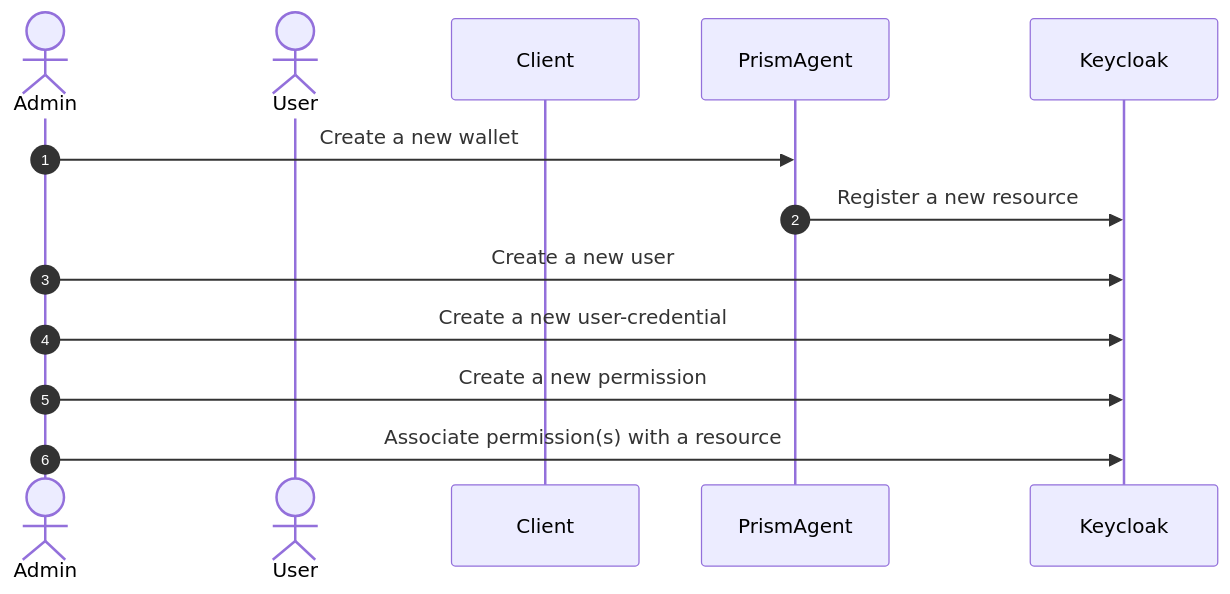
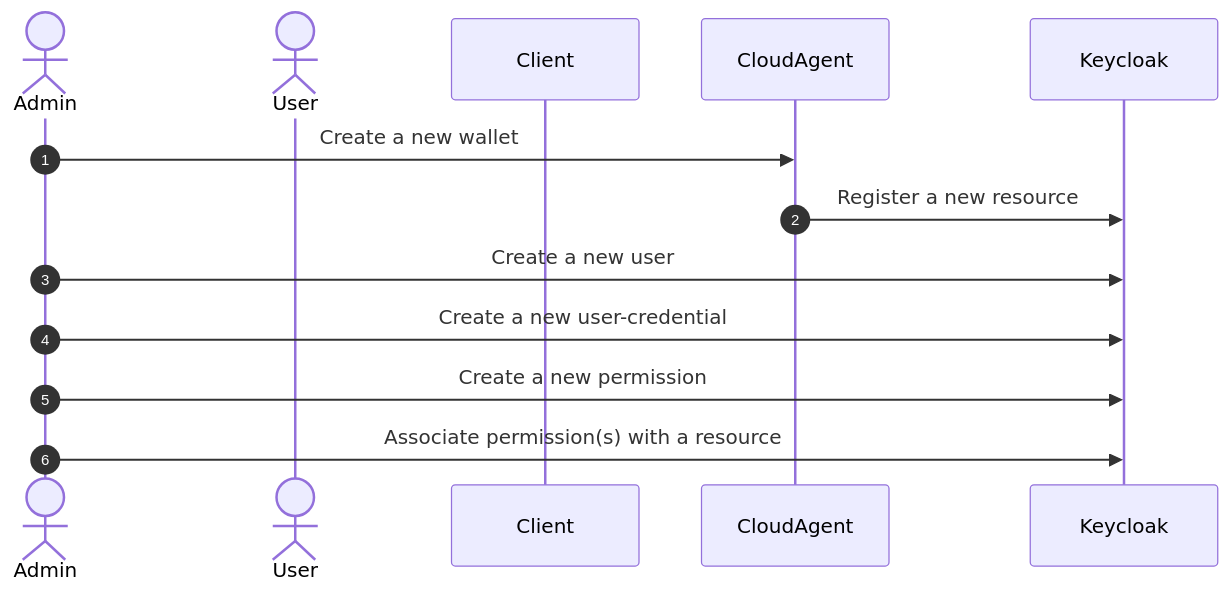
The first of 2 diagrams in docs/decisions/20230926-use-keycloak-authorisation-service-for-managing-wallet-permissions.md (hyperledger/identus-cloud-agent), drawn with Mermaid before and after one commit. The commit also changed other lines of this file and 13 other files, not shown here.

````diff
--- a/docs/decisions/20230926-use-keycloak-authorisation-service-for-managing-wallet-permissions.md
+++ b/docs/decisions/20230926-use-keycloak-authorisation-service-for-managing-wallet-permissions.md
@@ -71,17 +71,17 @@
 ```mermaid
 sequenceDiagram
     actor Admin
     actor User
     participant Client
-    participant PrismAgent
+    participant CloudAgent
     participant Keycloak
 
     autonumber
 
-    Admin ->> PrismAgent: Create a new wallet
-    PrismAgent ->> Keycloak: Register a new resource
+    Admin ->> CloudAgent: Create a new wallet
+    CloudAgent ->> Keycloak: Register a new resource
     Admin ->> Keycloak: Create a new user
     Admin ->> Keycloak: Create a new user-credential
     Admin ->> Keycloak: Create a new permission
     Admin ->> Keycloak: Associate permission(s) with a resource
 ```
````
